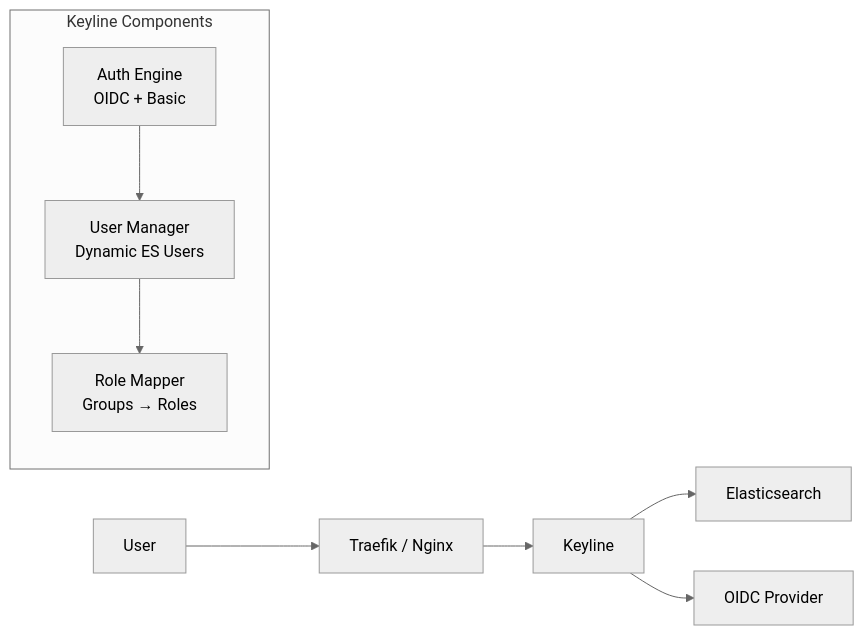
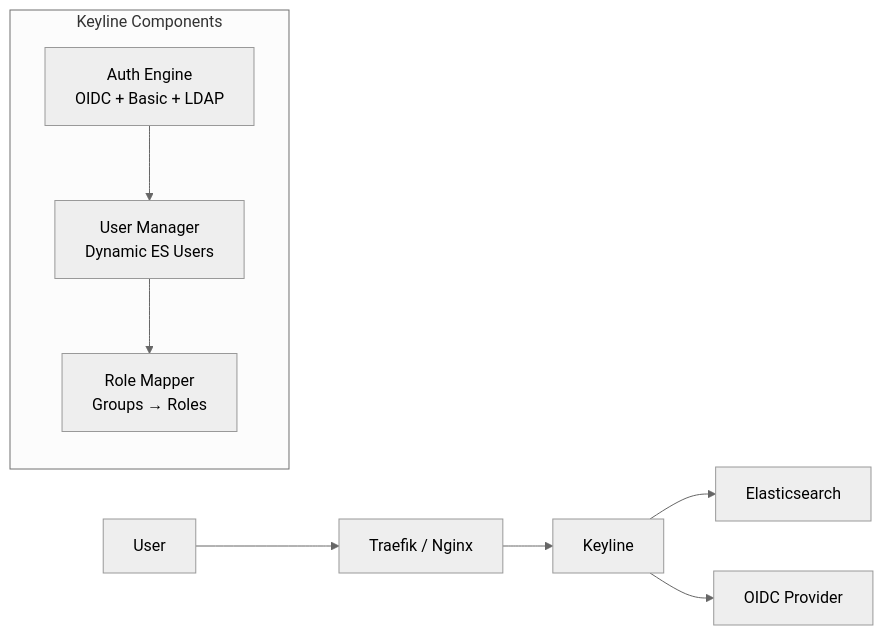
One commit to wasilak/keyline changed the diagram in README.md. Above: the diagram before and after it, drawn with Mermaid (neutral theme). The commit also changed other lines of this file, not shown here.

````diff
--- a/README.md
+++ b/README.md
@@ -11,17 +11,17 @@
 ```mermaid
 flowchart LR
     User[User] --> Proxy[Traefik / Nginx]
     Proxy --> Keyline[Keyline]
     
     subgraph Keyline Components
-        Auth[Auth Engine<br/>OIDC + Basic]
+        Auth[Auth Engine<br/>OIDC + Basic + LDAP]
         Mgmt[User Manager<br/>Dynamic ES Users]
         Map[Role Mapper<br/>Groups → Roles]
     end
     
     Keyline --> ES[Elasticsearch]
     Keyline --> OIDC[OIDC Provider]
     
     Auth --> Mgmt
     Mgmt --> Map
 ```
````
